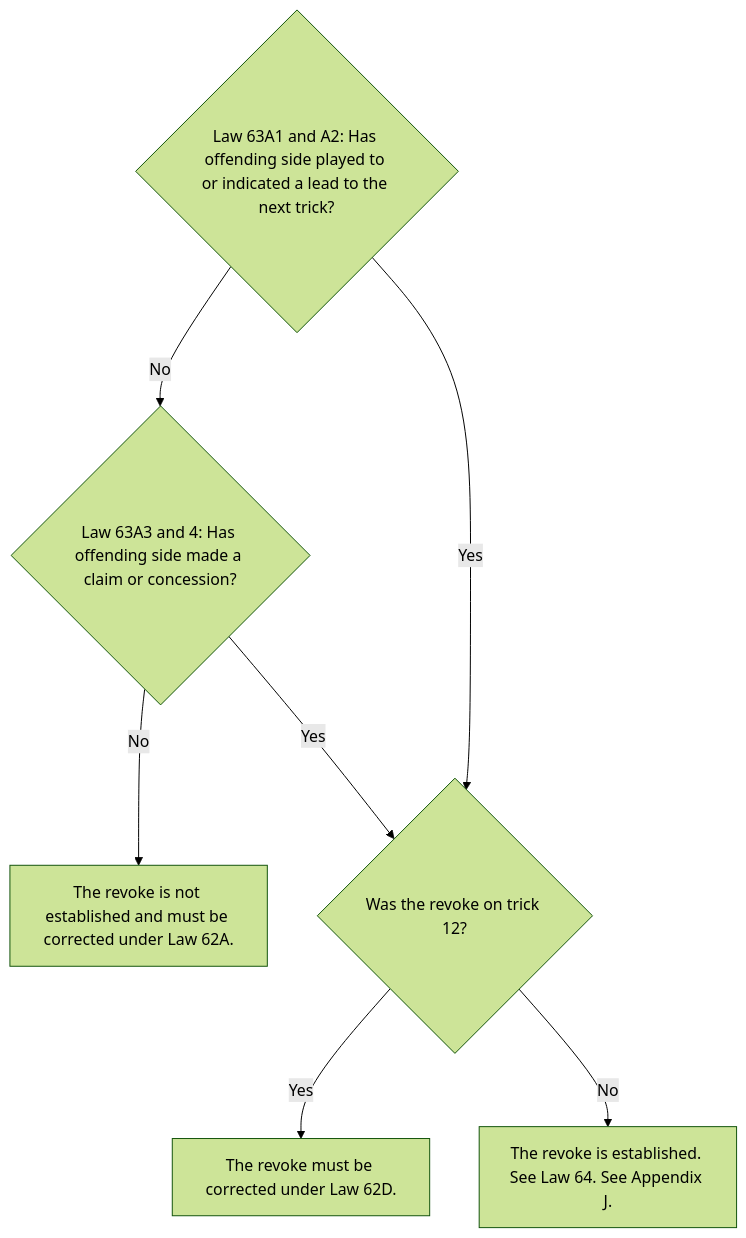
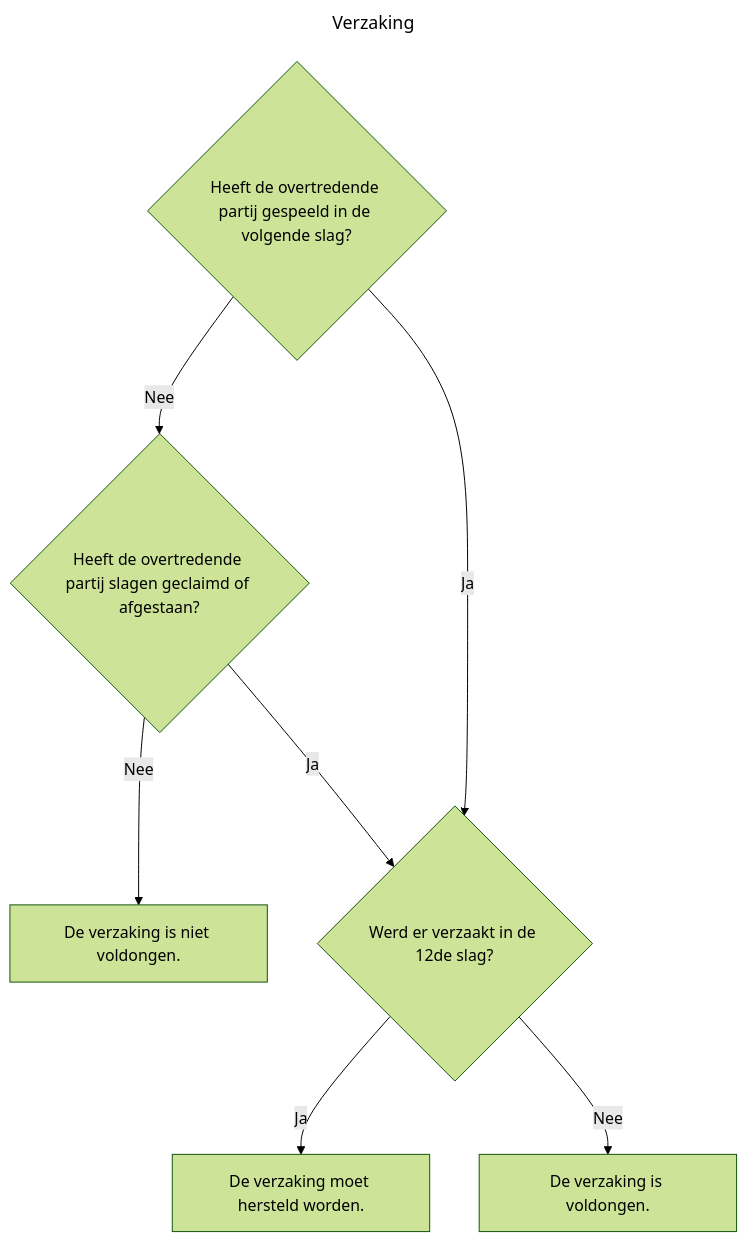
One commit to tcorneli/CTL-instructies changed the diagram in verzaking.md. Above: the diagram before and after it, drawn with Mermaid (forest theme).

Commit message:
Translate verzaking flowchart to Dutch

````diff
--- a/verzaking.md
+++ b/verzaking.md
@@ -1,10 +1,13 @@
 ```mermaid
+---
+title: Verzaking
+---
 graph TD
-    A{Law 63A1 and A2: Has offending side played to or indicated a lead to the next trick?}
-    A -->|No| B{Law 63A3 and 4: Has offending side made a claim or concession?}
-    B -->|No| C[The revoke is not established and must be corrected under Law 62A.]
-    A -->|Yes| D{Was the revoke on trick 12?}
-    B -->|Yes| D
-    D -->|Yes| E[The revoke must be corrected under Law 62D.]
-    D -->|No| F[The revoke is established. See Law 64. See Appendix J.]
+    A{Heeft de overtredende partij gespeeld in de volgende slag?}
+    A -->|Nee| B{Heeft de overtredende partij slagen geclaimd of afgestaan?}
+    B -->|Nee| C[De verzaking is niet voldongen.]
+    A -->|Ja| D{Werd er verzaakt in de 12de slag?}
+    B -->|Ja| D
+    D -->|Ja| E[De verzaking moet hersteld worden.]
+    D -->|Nee| F[De verzaking is voldongen.]
 ```
````
